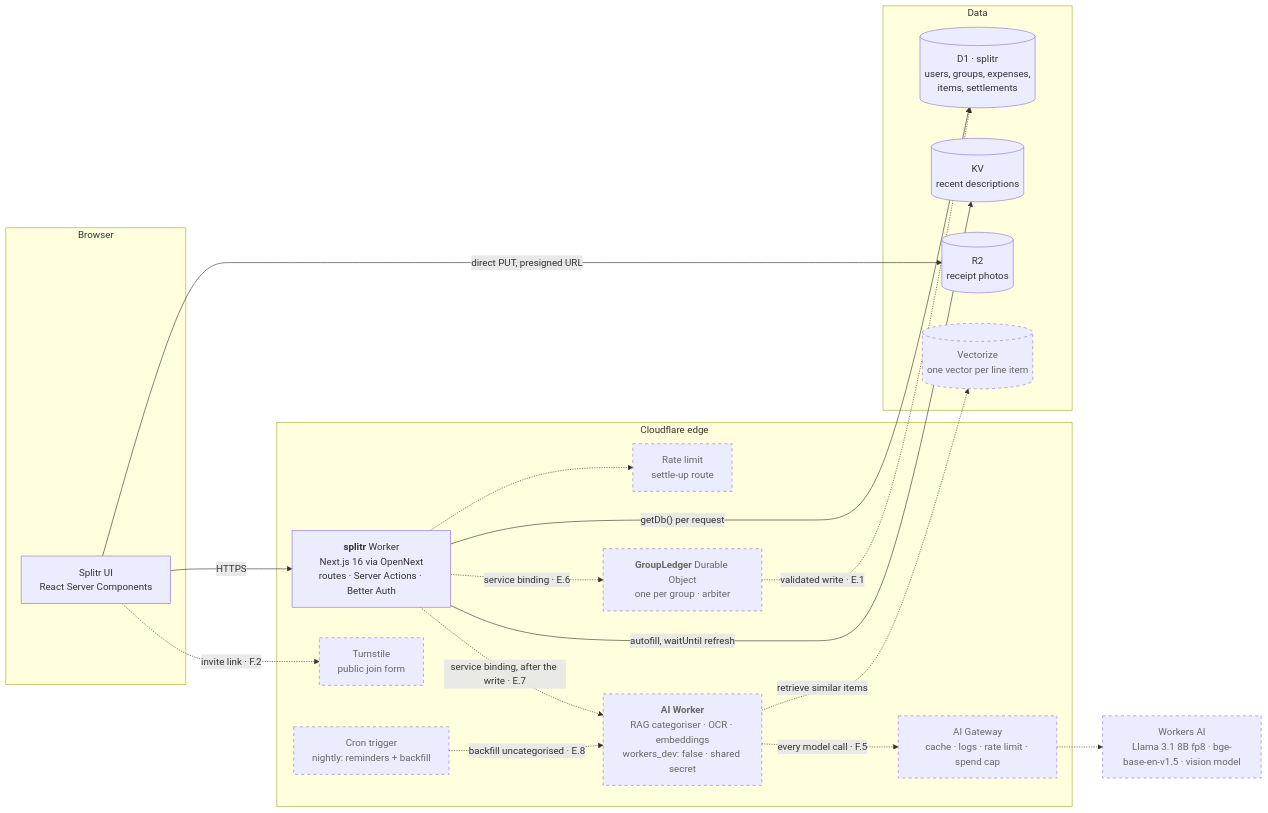
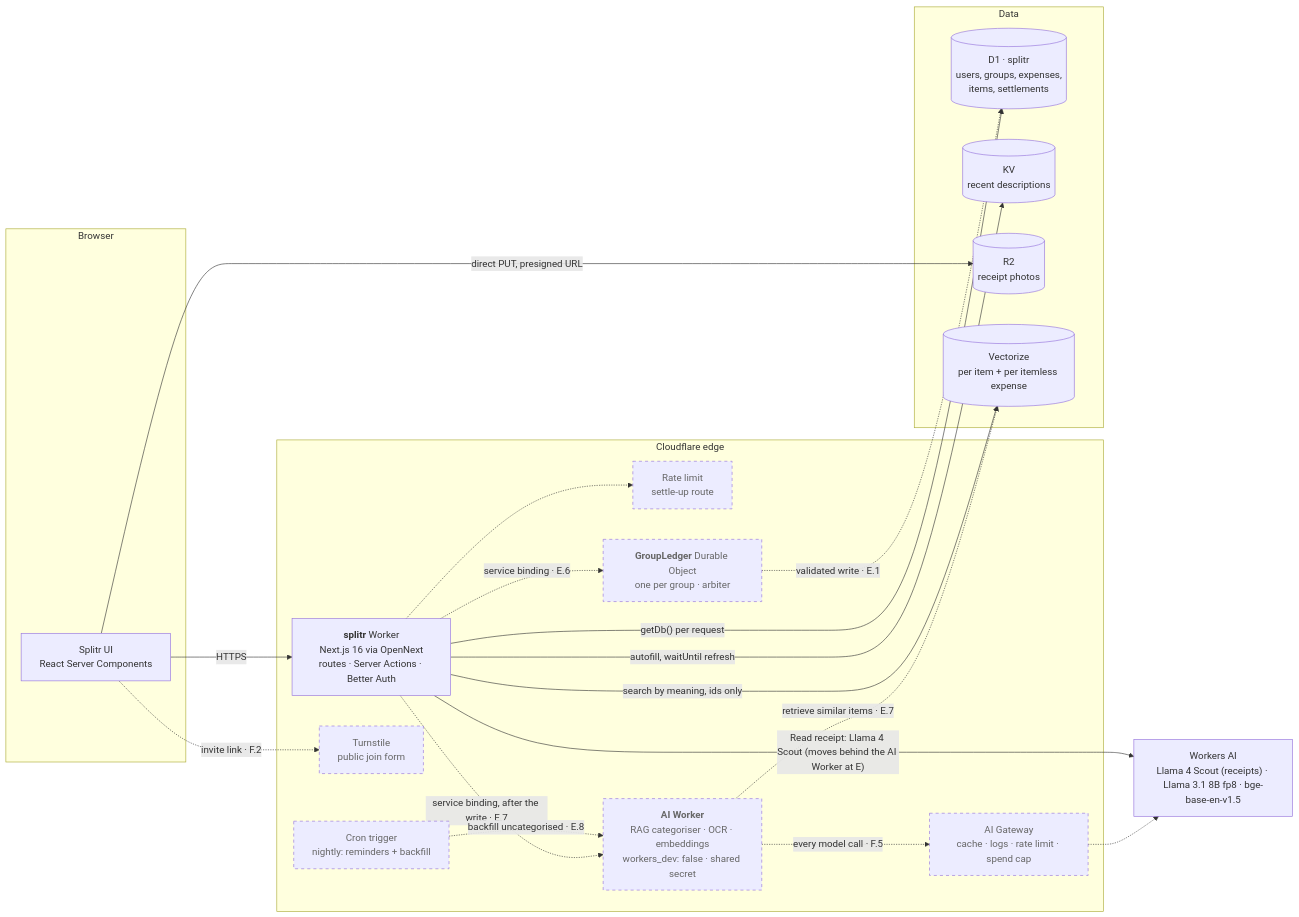
One commit to rafio-dgn/splitr changed the first of 9 diagrams in README.md. Above: the diagram before and after it, drawn with Mermaid. The commit also changed other lines of this file and 11 other files, not shown here.

First line of the commit message:
docs(cluster-d): receipt-reading, schema-change and search evidence

````diff
--- a/README.md
+++ b/README.md
@@ -92,42 +93,44 @@
 ```mermaid
 flowchart LR
     subgraph client["Browser"]
         UI["Splitr UI<br/>React Server Components"]
     end
 
     subgraph edge["Cloudflare edge"]
         APP["<b>splitr</b> Worker<br/>Next.js 16 via OpenNext<br/>routes · Server Actions · Better Auth"]
         TS["Turnstile<br/>public join form"]
         RL["Rate limit<br/>settle-up route"]
         DO["<b>GroupLedger</b> Durable Object<br/>one per group · arbiter"]
         AIW["<b>AI Worker</b><br/>RAG categoriser · OCR · embeddings<br/>workers_dev: false · shared secret"]
         CRON["Cron trigger<br/>nightly: reminders + backfill"]
         GW["AI Gateway<br/>cache · logs · rate limit · spend cap"]
     end
 
     subgraph data["Data"]
         D1[("D1 · splitr<br/>users, groups, expenses,<br/>items, settlements")]
         KV[("KV<br/>recent descriptions")]
         R2[("R2<br/>receipt photos")]
-        VEC[("Vectorize<br/>one vector per line item")]
+        VEC[("Vectorize<br/>per item + per itemless expense")]
     end
 
-    WAI["Workers AI<br/>Llama 3.1 8B fp8 · bge-base-en-v1.5 · vision model"]
+    WAI["Workers AI<br/>Llama 4 Scout (receipts) · Llama 3.1 8B fp8 · bge-base-en-v1.5"]
 
     UI -->|"HTTPS"| APP
     APP -->|"getDb() per request"| D1
     UI -->|"direct PUT, presigned URL"| R2
     UI -.->|"invite link · F.2"| TS
     APP -->|"autofill, waitUntil refresh"| KV
     APP -.->|"service binding · E.6"| DO
     APP -.-> RL
     DO -.->|"validated write · E.1"| D1
     APP -.->|"service binding, after the write · E.7"| AIW
-    AIW -.->|"retrieve similar items"| VEC
+    AIW -.->|"retrieve similar items · E.7"| VEC
+    APP -->|"search by meaning, ids only"| VEC
     AIW -.->|"every model call · F.5"| GW
     GW -.-> WAI
+    APP -->|"Read receipt: Llama 4 Scout (moves behind the AI Worker at E)"| WAI
     CRON -.->|"backfill uncategorised · E.8"| AIW
 
     classDef planned stroke-dasharray: 5 5,color:#666
-    class TS,RL,DO,AIW,CRON,GW,VEC,WAI planned
+    class TS,RL,DO,AIW,CRON,GW planned
 ```
````
